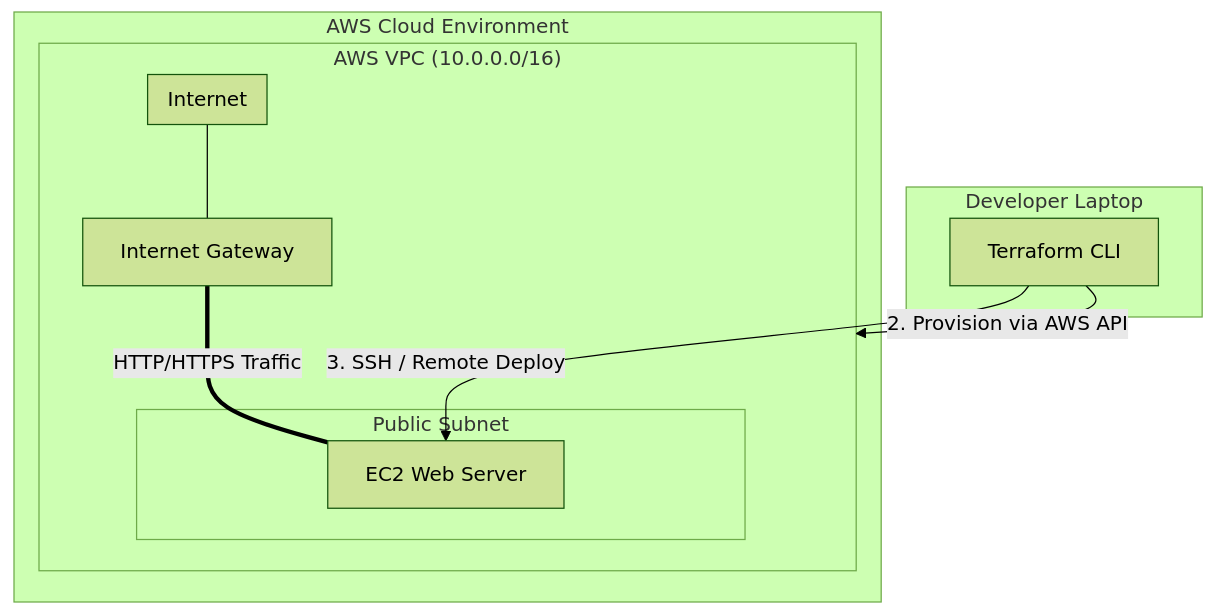
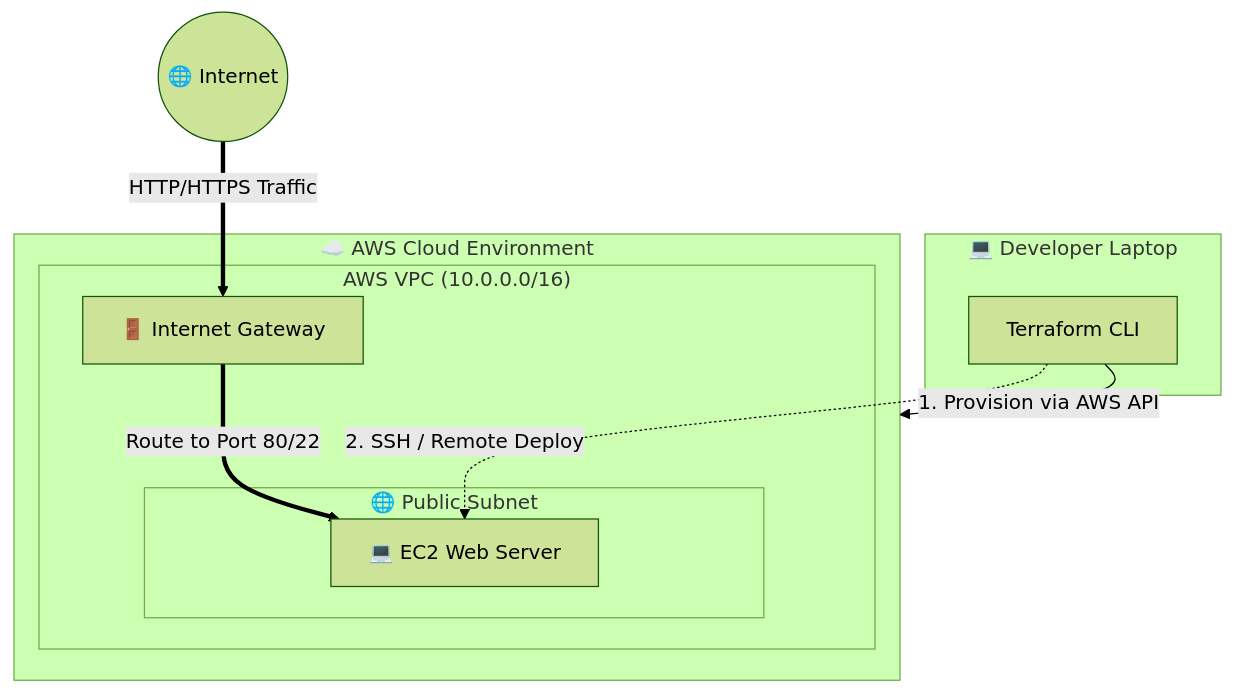
Before and after one commit to ades012/bobobox: the diagram in README.md, drawn with Mermaid (forest theme).

Commit message:
edit design task 3

````diff
--- a/README.md
+++ b/README.md
@@ -111,26 +111,24 @@
 ```mermaid
 graph TD
-    subgraph Internet ["Internet"]
-    end
+    Internet((🌐 Internet))
 
-    subgraph Laptop ["Developer Laptop"]
+    subgraph Laptop ["💻 Developer Laptop"]
         TF[Terraform CLI]
     end
 
-    subgraph AWS ["AWS Cloud Environment"]
+    subgraph AWS ["☁️ AWS Cloud Environment"]
         subgraph VPC ["AWS VPC (10.0.0.0/16)"]
-            IGW[Internet Gateway]
+            IGW[🚪 Internet Gateway]
             
-            subgraph Public ["Public Subnet"]
-                EC2[EC2 Web Server]
+            subgraph Public ["🌐 Public Subnet"]
+                EC2[💻 EC2 Web Server]
             end
-            
-            Internet --- IGW
-            IGW == "HTTP/HTTPS Traffic" === EC2
         end
     end
 
-    %% Workflows
-    TF -- "2. Provision via AWS API" --> VPC
-    TF -- "3. SSH / Remote Deploy" --> EC2
+    Internet == "HTTP/HTTPS Traffic" ==> IGW
+    IGW == "Route to Port 80/22" ==> EC2
+
+    TF -- "1. Provision via AWS API" --> AWS
+    TF -. "2. SSH / Remote Deploy" .-> EC2
 ```
````
